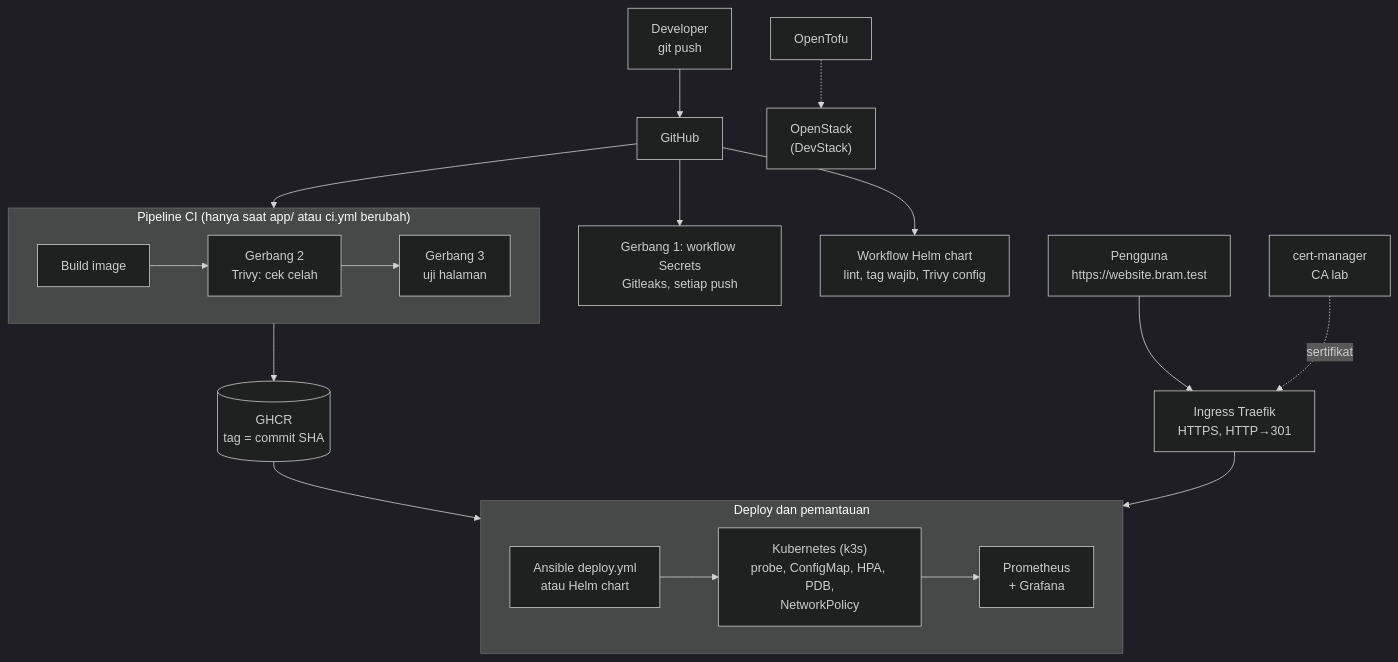
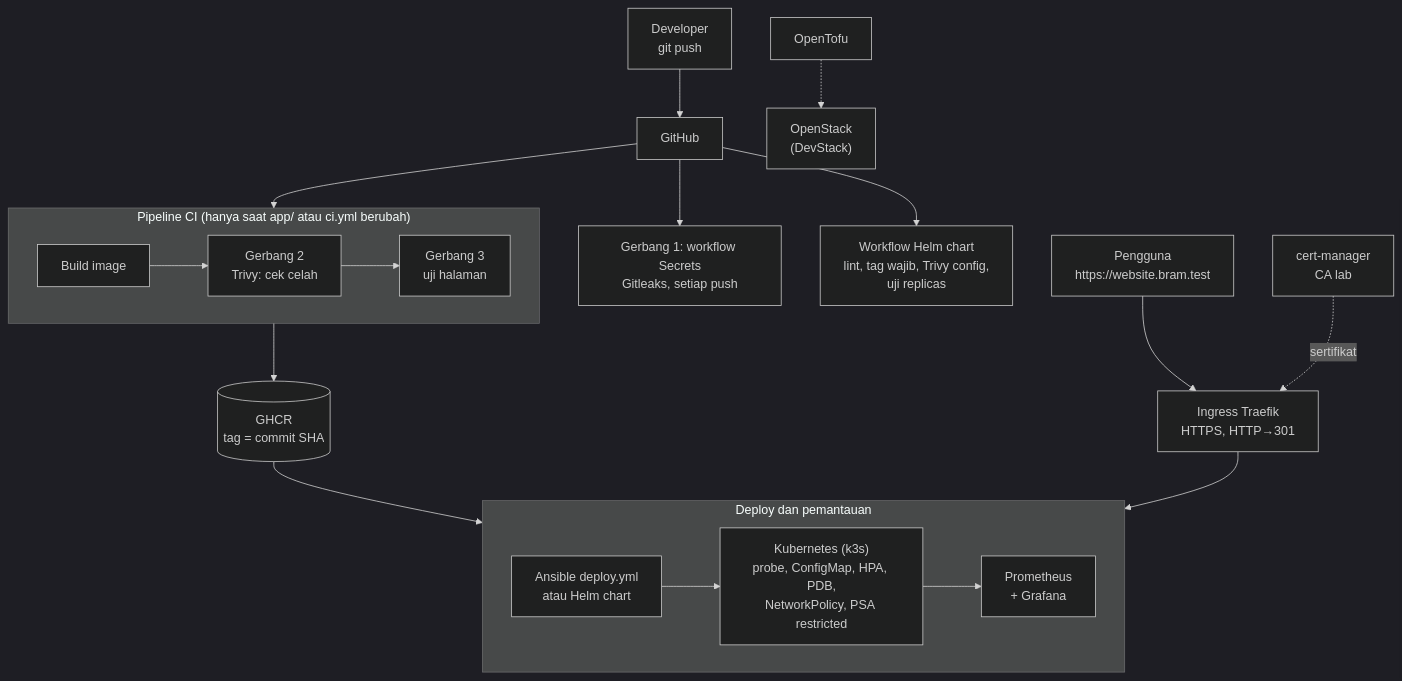
Before and after one commit to Bram-02/devops-website-bram: the diagram in README.md, drawn with Mermaid (dark theme). The commit also changed other lines of this file, not shown here.

Commit message:
README: Pod Security Admission, Helm chart 0.3.0, gerbang 4

````diff
--- a/README.md
+++ b/README.md
@@ -17,27 +17,27 @@
 ```mermaid
 flowchart TB
     dev["Developer<br/>git push"] --> gh["GitHub"]
     gh --> g1["Gerbang 1: workflow Secrets<br/>Gitleaks, setiap push"]
     gh --> CI
-    gh --> HC["Workflow Helm chart<br/>lint, tag wajib, Trivy config"]
+    gh --> HC["Workflow Helm chart<br/>lint, tag wajib, Trivy config,<br/>uji replicas"]
 
     subgraph CI["Pipeline CI (hanya saat app/ atau ci.yml berubah)"]
         direction LR
         b["Build image"] --> g2["Gerbang 2<br/>Trivy: cek celah"]
         g2 --> g3["Gerbang 3<br/>uji halaman"]
     end
 
     CI --> reg[("GHCR<br/>tag = commit SHA")]
 
     subgraph CD["Deploy dan pemantauan"]
         direction LR
-        ans["Ansible deploy.yml<br/>atau Helm chart"] --> k3s["Kubernetes (k3s)<br/>probe, ConfigMap, HPA, PDB,<br/>NetworkPolicy"]
+        ans["Ansible deploy.yml<br/>atau Helm chart"] --> k3s["Kubernetes (k3s)<br/>probe, ConfigMap, HPA, PDB,<br/>NetworkPolicy, PSA restricted"]
         k3s --> mon["Prometheus<br/>+ Grafana"]
     end
 
     reg --> ans
     user["Pengguna<br/>https://website.bram.test"] --> ing["Ingress Traefik<br/>HTTPS, HTTP→301"]
     ing --> k3s
     cm["cert-manager<br/>CA lab"] -.sertifikat.-> ing
     tofu["OpenTofu"] -.-> os["OpenStack<br/>(DevStack)"]
 ```
````
